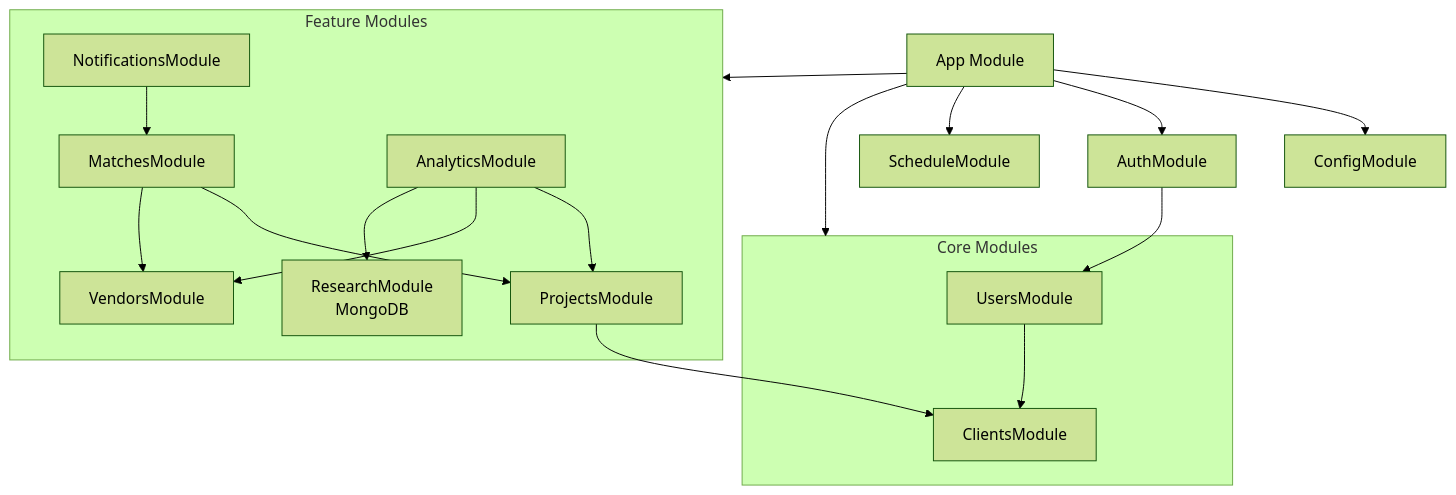
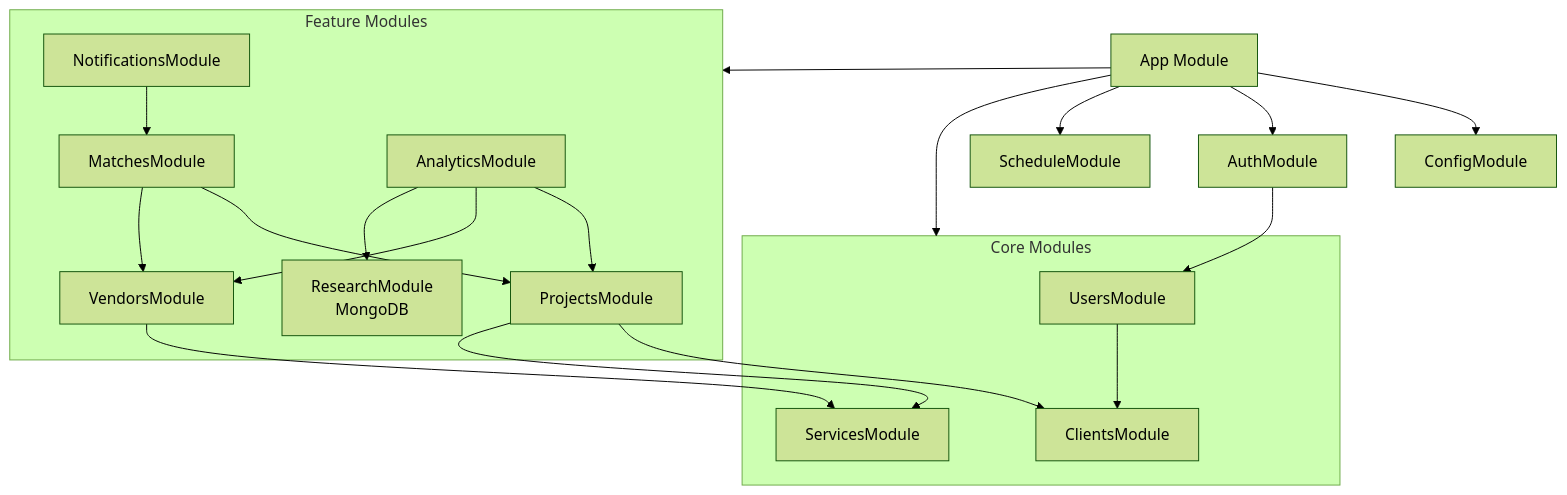
Before and after one commit to Bardala/vendor-matching-platform: the fourth of 4 diagrams in docs/SystemDesign.md, drawn with Mermaid (forest theme). The commit also changed other lines of this file and 40 other files, not shown here.

````diff
--- a/docs/SystemDesign.md
+++ b/docs/SystemDesign.md
@@ -246,43 +246,46 @@
 ```mermaid
 flowchart TD
     App[App Module]
     Auth[AuthModule]
     Config[ConfigModule]
     Schedule[ScheduleModule]
 
     subgraph CoreModules [Core Modules]
         Users[UsersModule]
         Clients[ClientsModule]
+        Services[ServicesModule]
     end
 
     subgraph FeatureModules [Feature Modules]
         Projects[ProjectsModule]
         Vendors[VendorsModule]
         Matches[MatchesModule]
         Research[ResearchModule<br>MongoDB]
         Analytics[AnalyticsModule]
         Notifications[NotificationsModule]
     end
 
     App --> Config
     App --> Auth
     App --> Schedule
     App --> CoreModules
     App --> FeatureModules
 
     %% Auth depends on Users
     Auth --> Users
 
     %% Users may reference Clients (via client_id for admins)
     Users --> Clients
 
     %% Feature dependencies
     Projects --> Clients
+    Projects --> Services
+    Vendors --> Services
     Matches --> Projects
     Matches --> Vendors
     Analytics --> Projects
     Analytics --> Vendors
     Analytics --> Research
     Notifications --> Matches
 
 ```
````
